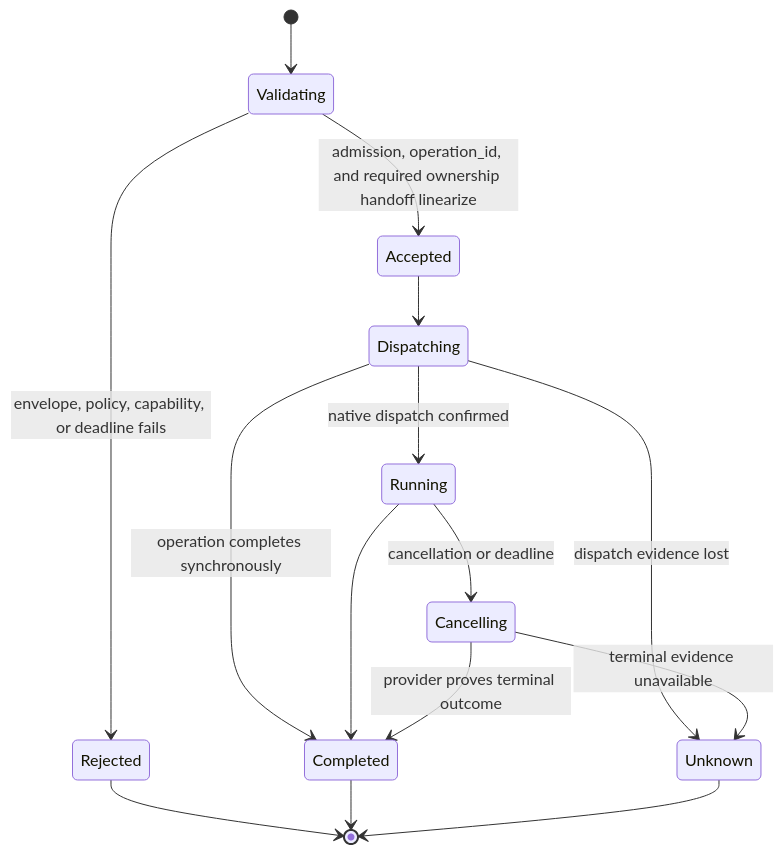
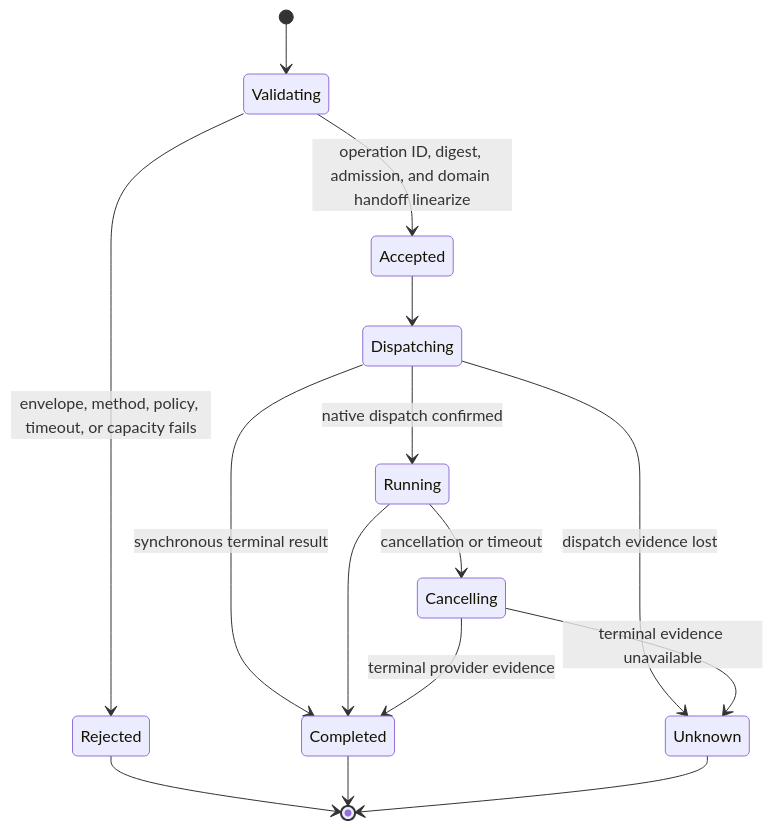
The diagram in spec/agent-envd/02-eip-protocol.md (LTThreeComma/agent-foundation), drawn with Mermaid before and after one commit. The commit also changed other lines of this file and 150 other files, not shown here.

````diff
--- a/spec/agent-envd/02-eip-protocol.md
+++ b/spec/agent-envd/02-eip-protocol.md
@@ -268,17 +260,17 @@
 ```mermaid
 stateDiagram-v2
     [*] --> Validating
-    Validating --> Rejected: envelope, policy, capability, or deadline fails
-    Validating --> Accepted: admission, operation_id, and required ownership handoff linearize
+    Validating --> Rejected: envelope, method, policy, timeout, or capacity fails
+    Validating --> Accepted: operation ID, digest, admission, and domain handoff linearize
     Accepted --> Dispatching
     Dispatching --> Running: native dispatch confirmed
-    Dispatching --> Completed: operation completes synchronously
+    Dispatching --> Completed: synchronous terminal result
     Dispatching --> Unknown: dispatch evidence lost
     Running --> Completed
-    Running --> Cancelling: cancellation or deadline
-    Cancelling --> Completed: provider proves terminal outcome
+    Running --> Cancelling: cancellation or timeout
+    Cancelling --> Completed: terminal provider evidence
     Cancelling --> Unknown: terminal evidence unavailable
     Rejected --> [*]
     Completed --> [*]
     Unknown --> [*]
 ```
````
